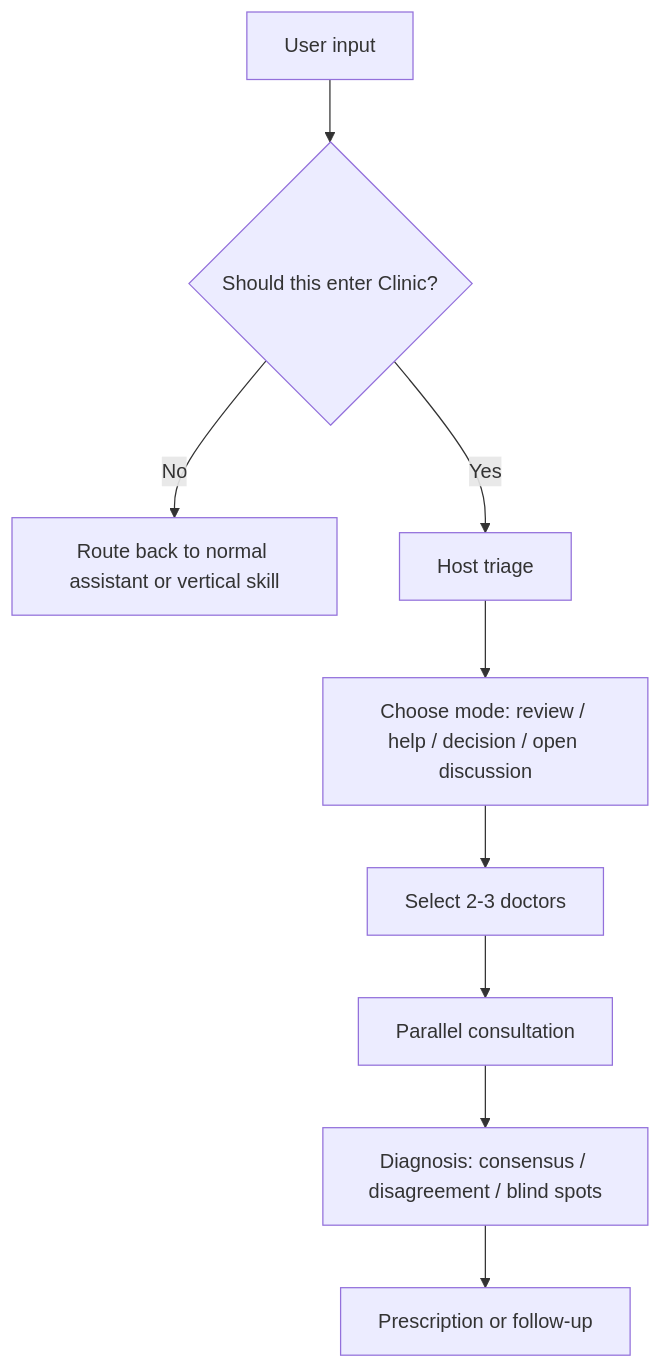
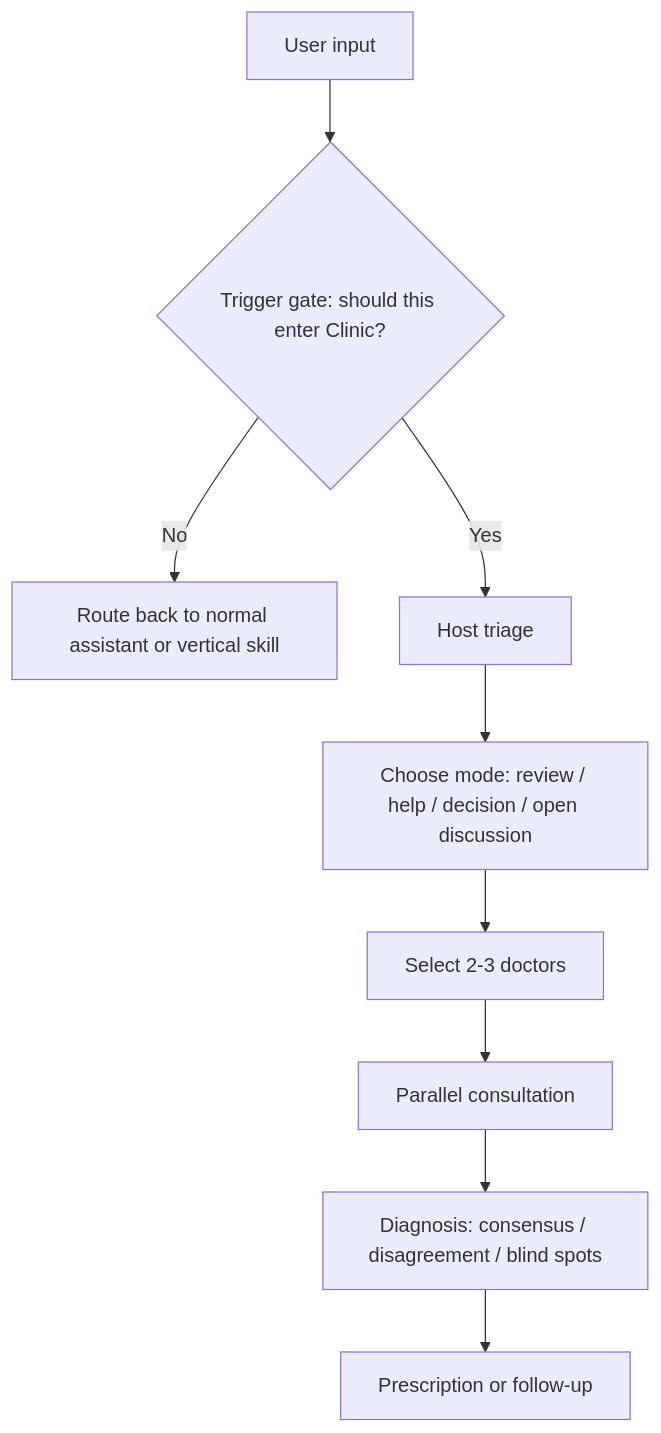
The second of 2 diagrams in README.md (zexuanw958-svg/clinic-skill), drawn with Mermaid before and after one commit. The commit also changed other lines of this file, not shown here.

Commit message:
Clarify clinic entry gate in flowchart

````diff
--- a/README.md
+++ b/README.md
@@ -429,11 +437,11 @@
 ```mermaid
 flowchart TD
-    A[User input] --> B{Should this enter Clinic?}
+    A[User input] --> B{Trigger gate: should this enter Clinic?}
     B -- No --> C[Route back to normal assistant or vertical skill]
     B -- Yes --> D[Host triage]
     D --> E[Choose mode: review / help / decision / open discussion]
     E --> F[Select 2-3 doctors]
     F --> G[Parallel consultation]
     G --> H[Diagnosis: consensus / disagreement / blind spots]
     H --> I[Prescription or follow-up]
 ```
````
